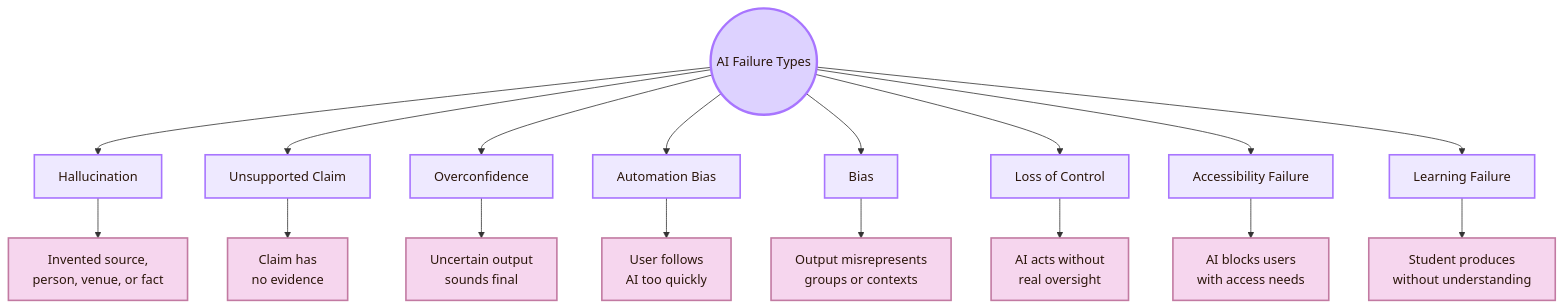
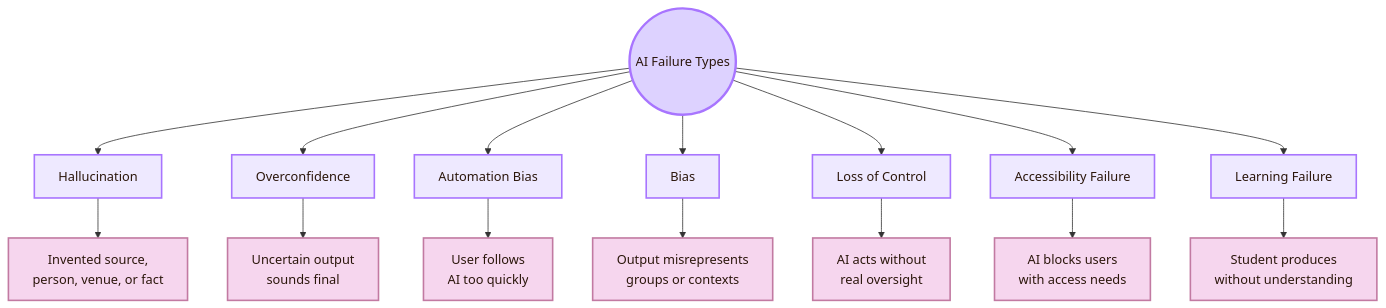
The ninth of 13 diagrams in 01_Core_Area_HCI/001_Subareas/05_Human_AI_Interaction/Overview.md (andreitegzes06-ui/CogniShire), drawn with Mermaid before and after one commit. The commit also changed other lines of this file and 131 other files, not shown here.

````diff
--- a/01_Core_Area_HCI/001_Subareas/05_Human_AI_Interaction/Overview.md
+++ b/01_Core_Area_HCI/001_Subareas/05_Human_AI_Interaction/Overview.md
@@ -363,30 +348,28 @@
 ```mermaid
 flowchart TB
     A((AI Failure Types))
 
     A --> B[Hallucination]
-    A --> C[Unsupported Claim]
     A --> D[Overconfidence]
     A --> E[Automation Bias]
     A --> F[Bias]
     A --> G[Loss of Control]
     A --> H[Accessibility Failure]
     A --> I[Learning Failure]
 
     B --> B1[Invented source,<br/>person, venue, or fact]
-    C --> C1[Claim has<br/>no evidence]
     D --> D1[Uncertain output<br/>sounds final]
     E --> E1[User follows<br/>AI too quickly]
     F --> F1[Output misrepresents<br/>groups or contexts]
     G --> G1[AI acts without<br/>real oversight]
     H --> H1[AI blocks users<br/>with access needs]
     I --> I1[Student produces<br/>without understanding]
 
     classDef center fill:#ddd2ff,stroke:#a875ff,color:#2b160b,stroke-width:3px;
     classDef node fill:#eee9ff,stroke:#a875ff,color:#2b160b,stroke-width:2px;
     classDef detail fill:#f6d6ee,stroke:#c27aa2,color:#2b160b,stroke-width:2px;
 
     class A center;
     class B,C,D,E,F,G,H,I node;
     class B1,C1,D1,E1,F1,G1,H1,I1 detail;
 ```
````
